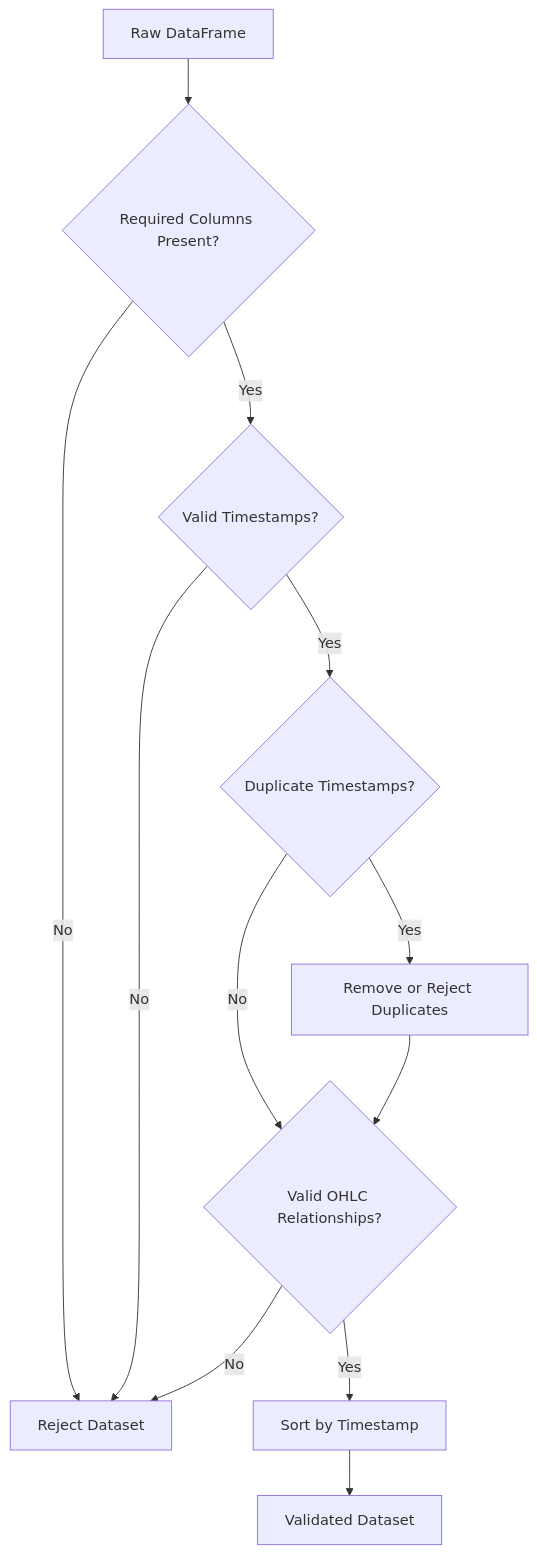
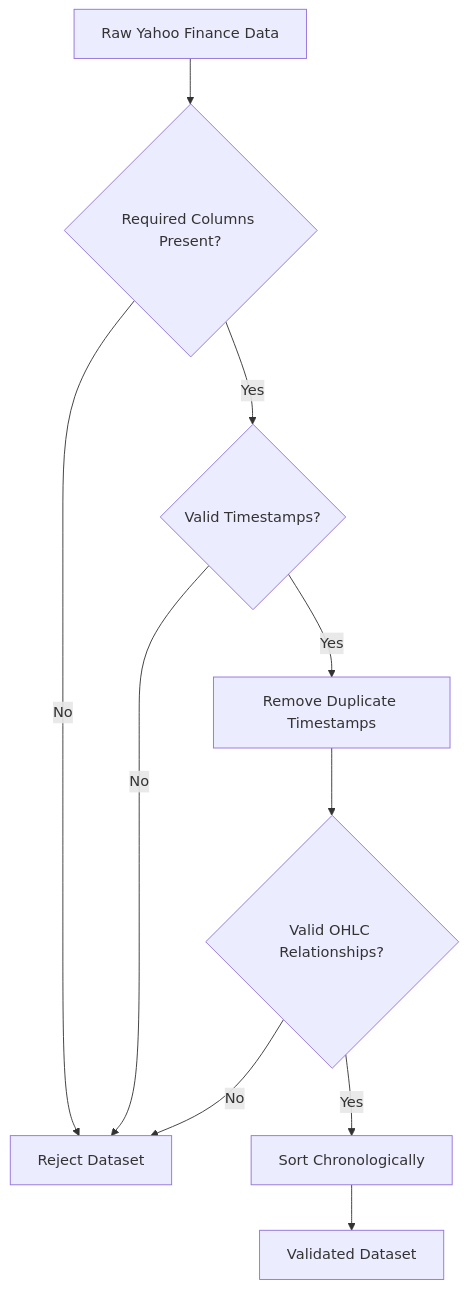
The fourth of 15 diagrams in docs/architecture.md (chauhanmuskan291980-wq/gold-price-direction-predictor), drawn with Mermaid before and after one commit. The commit also changed other lines of this file and 2 other files, not shown here.

Commit message:
docs: align documentation with three-model architecture and updated API

````diff
--- a/docs/architecture.md
+++ b/docs/architecture.md
@@ -166,19 +249,12 @@
 ```mermaid
 flowchart TD
-    A[Raw DataFrame] --> B{Required Columns Present?}
+    A[Raw Yahoo Finance Data] --> B{Required Columns Present?}
     B -- No --> X[Reject Dataset]
     B -- Yes --> C{Valid Timestamps?}
-
     C -- No --> X
-    C -- Yes --> D{Duplicate Timestamps?}
-
-    D -- Yes --> E[Remove or Reject Duplicates]
-    D -- No --> F{Valid OHLC Relationships?}
-
-    E --> F
-
-    F -- No --> X
-    F -- Yes --> G[Sort by Timestamp]
-
-    G --> H[Validated Dataset]
+    C -- Yes --> D[Remove Duplicate Timestamps]
+    D --> E{Valid OHLC Relationships?}
+    E -- No --> X
+    E -- Yes --> F[Sort Chronologically]
+    F --> G[Validated Dataset]
 ```
````
